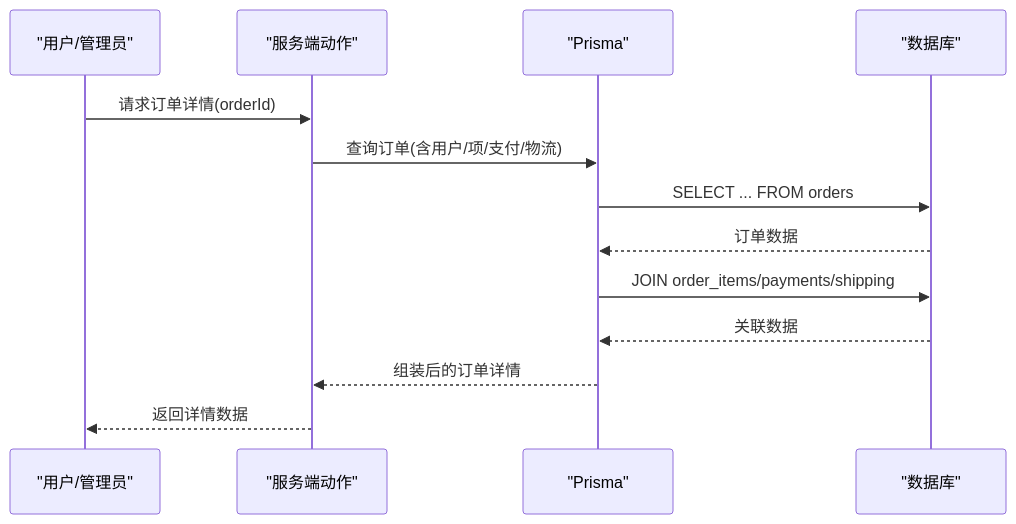
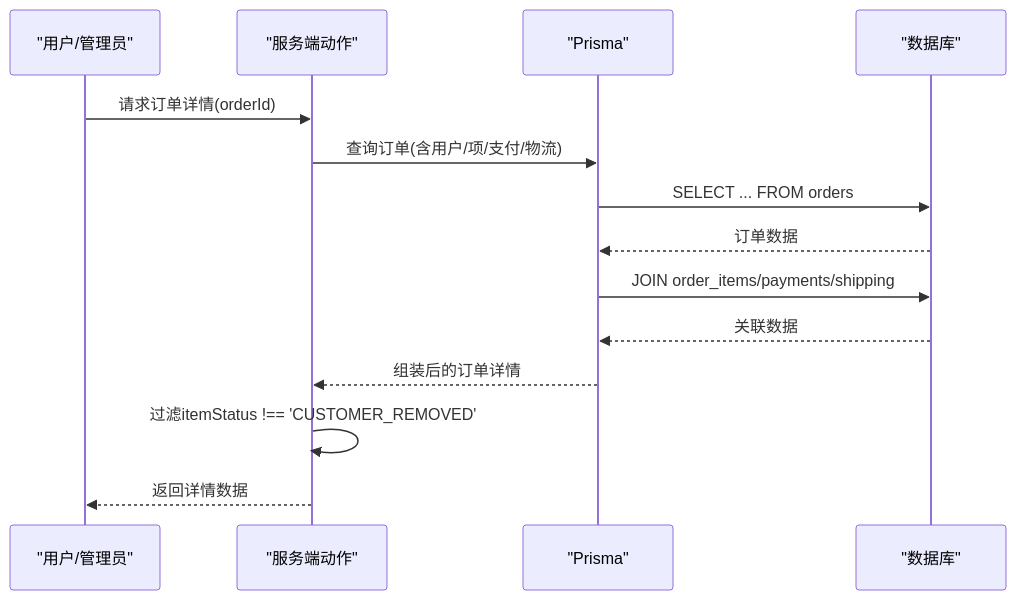
The sixth of 11 diagrams in .qoder/repowiki/zh/content/管理后台系统/订单管理系统.md (three3638-arch/celestia_2b), drawn with Mermaid before and after one commit. The commit also changed other lines of this file and 5 other files, not shown here.

````diff
--- a/.qoder/repowiki/zh/content/管理后台系统/订单管理系统.md
+++ b/.qoder/repowiki/zh/content/管理后台系统/订单管理系统.md
@@ -261,15 +296,16 @@
 ```mermaid
 sequenceDiagram
 participant U as "用户/管理员"
 participant S as "服务端动作"
 participant P as "Prisma"
 participant D as "数据库"
 U->>S : 请求订单详情(orderId)
 S->>P : 查询订单(含用户/项/支付/物流)
 P->>D : SELECT ... FROM orders
 D-->>P : 订单数据
 P->>D : JOIN order_items/payments/shipping
 D-->>P : 关联数据
 P-->>S : 组装后的订单详情
+S->>S : 过滤itemStatus !== 'CUSTOMER_REMOVED'
 S-->>U : 返回详情数据
 ```
````
